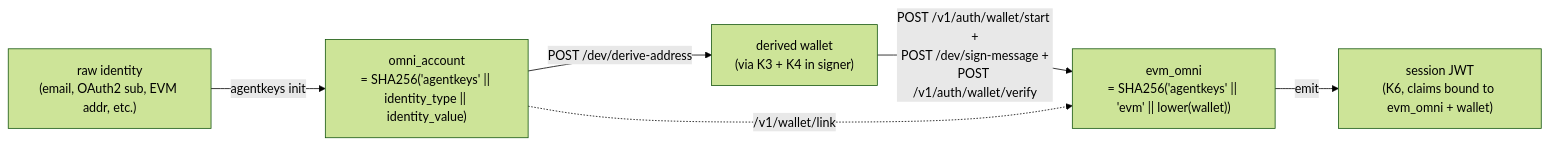
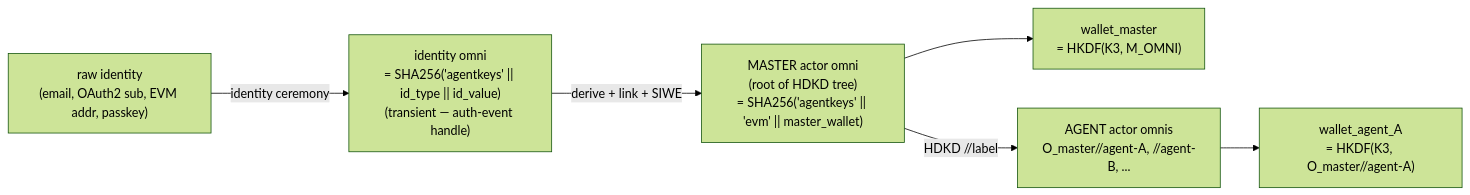
The third of 6 diagrams in docs/spec/architecture.md (joker4002/agentKeys), drawn with Mermaid (forest theme) before and after one commit. The commit also changed other lines of this file and 2 other files, not shown here.

````diff
--- a/docs/spec/architecture.md
+++ b/docs/spec/architecture.md
@@ -178,15 +180,15 @@
 ```mermaid
 flowchart LR
-  ID["raw identity<br/>(email, OAuth2 sub, EVM addr, etc.)"]
-  OMNI["omni_account<br/>= SHA256('agentkeys' || identity_type || identity_value)"]
-  WALLET["derived wallet<br/>(via K3 + K4 in signer)"]
-  EVM_OMNI["evm_omni<br/>= SHA256('agentkeys' || 'evm' || lower(wallet))"]
-  SESS_JWT["session JWT<br/>(K6, claims bound to evm_omni + wallet)"]
+  ID["raw identity<br/>(email, OAuth2 sub, EVM addr, passkey)"]
+  ID_OMNI["identity omni<br/>= SHA256('agentkeys' || id_type || id_value)<br/>(transient — auth-event handle)"]
+  M_OMNI["MASTER actor omni<br/>(root of HDKD tree)<br/>= SHA256('agentkeys' || 'evm' || master_wallet)"]
+  M_WALLET["wallet_master<br/>= HKDF(K3, M_OMNI)"]
+  A_OMNI["AGENT actor omnis<br/>O_master//agent-A, //agent-B, ..."]
+  A_WALLET["wallet_agent_A<br/>= HKDF(K3, O_master//agent-A)"]
 
-  ID -->|"agentkeys init"| OMNI
-  OMNI -->|"POST /dev/derive-address"| WALLET
-  WALLET -->|"POST /v1/auth/wallet/start +<br/>POST /dev/sign-message +<br/>POST /v1/auth/wallet/verify"| EVM_OMNI
-  EVM_OMNI -->|"emit"| SESS_JWT
-
-  OMNI -. /v1/wallet/link .-> EVM_OMNI
+  ID -->|"identity ceremony"| ID_OMNI
+  ID_OMNI -->|"derive + link + SIWE"| M_OMNI
+  M_OMNI --> M_WALLET
+  M_OMNI -->|"HDKD //label"| A_OMNI
+  A_OMNI --> A_WALLET
 ```
````
